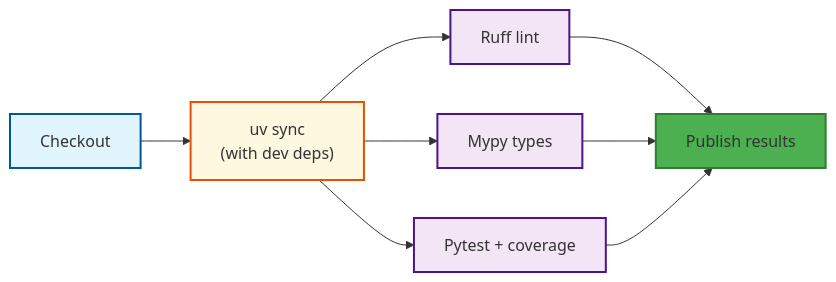
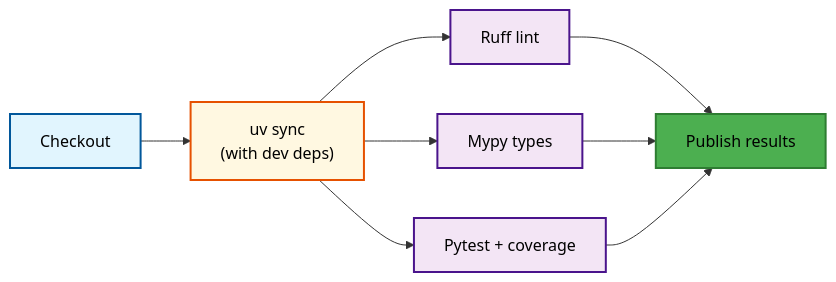
Before and after one commit to victorvos/devops_agent: the ninth of 9 diagrams in README.md, drawn with Mermaid. The commit also changed other lines of this file and 1 other file, not shown here.

First line of the commit message:
Fix Mermaid text color: use #000000 instead of named colors

````diff
--- a/README.md
+++ b/README.md
@@ -534,18 +514,18 @@
 ```mermaid
 graph LR
     A[Checkout] --> B["uv sync<br/>(with dev deps)"]
     B --> C[Ruff lint]
     B --> D[Mypy types]
     B --> E[Pytest + coverage]
     C --> F[Publish results]
     D --> F
     E --> F
 
     %% Styling
-    style A fill:#e1f5fe,stroke:#01579b,stroke-width:2px,color:#black
-    style B fill:#fff8e1,stroke:#e65100,stroke-width:2px,color:#black
-    style C fill:#f3e5f5,stroke:#4a148c,stroke-width:2px,color:#black
-    style D fill:#f3e5f5,stroke:#4a148c,stroke-width:2px,color:#black
-    style E fill:#f3e5f5,stroke:#4a148c,stroke-width:2px,color:#black
-    style F fill:#4caf50,stroke:#2e7d32,stroke-width:2px,color:#white
+    style A fill:#e1f5fe,stroke:#01579b,stroke-width:2px,color:#000000
+    style B fill:#fff8e1,stroke:#e65100,stroke-width:2px,color:#000000
+    style C fill:#f3e5f5,stroke:#4a148c,stroke-width:2px,color:#000000
+    style D fill:#f3e5f5,stroke:#4a148c,stroke-width:2px,color:#000000
+    style E fill:#f3e5f5,stroke:#4a148c,stroke-width:2px,color:#000000
+    style F fill:#4caf50,stroke:#2e7d32,stroke-width:2px,color:#000000
 ```
````
